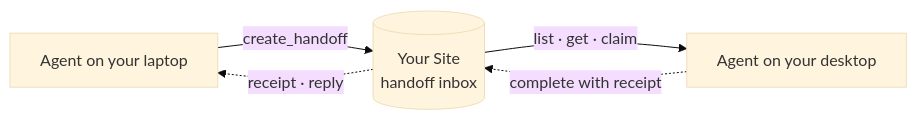
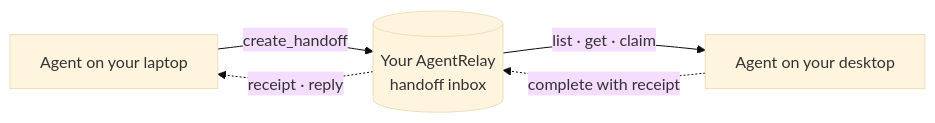
The diagram in README.md (Yide-Milo-Li/AgentRelay), drawn with Mermaid (base theme) before and after one commit. The commit also changed other lines of this file and 162 other files, not shown here.

First line of the commit message:
feat: deploy AgentRelay to your own Cloudflare account

````diff
--- a/README.md
+++ b/README.md
@@ -34,7 +34,7 @@
 ```mermaid
 flowchart LR
-    A["Agent on your laptop"] -- "create_handoff" --> S[("Your Site<br/>handoff inbox")]
+    A["Agent on your laptop"] -- "create_handoff" --> S[("Your AgentRelay<br/>handoff inbox")]
     S -- "list · get · claim" --> B["Agent on your desktop"]
     B -. "complete with receipt" .-> S
     S -. "receipt · reply" .-> A
 ```
````
